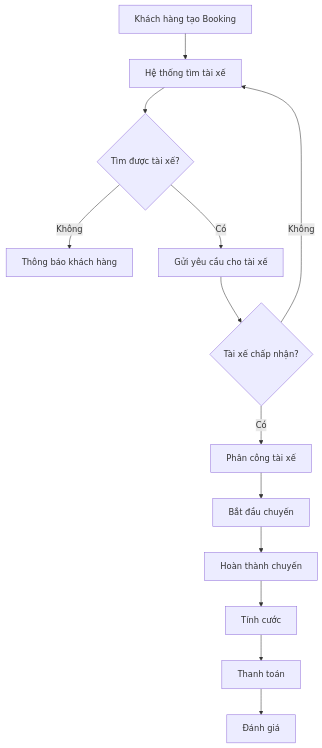
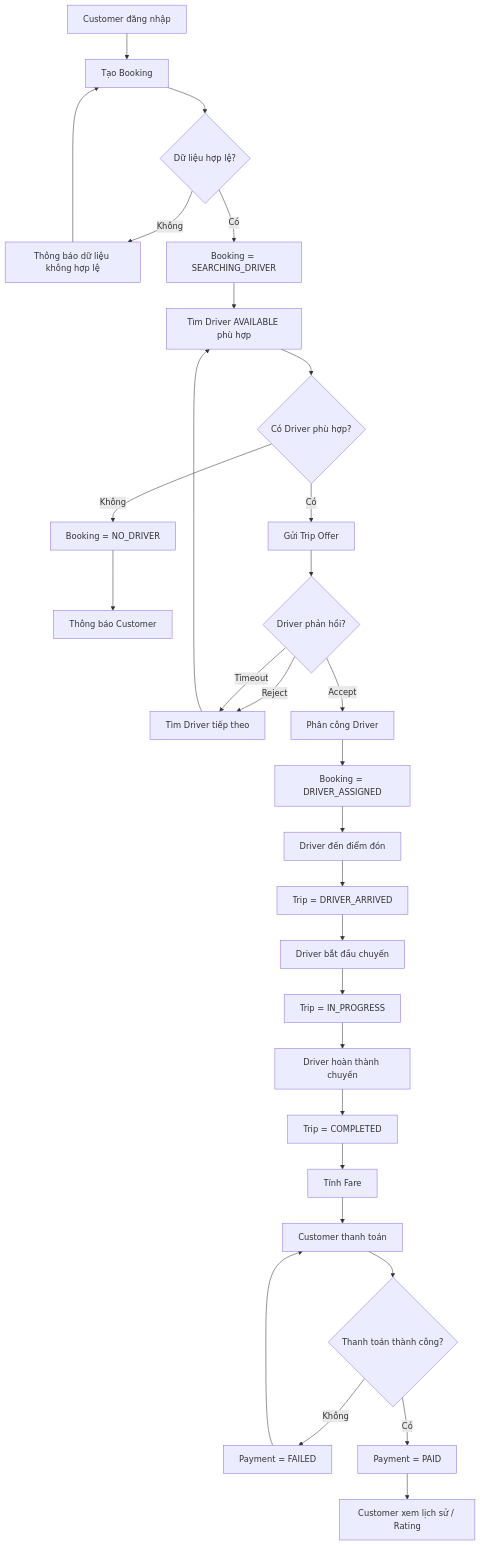
The second of 4 diagrams in srs.md (thoaivi45/23670471_TranDamThoaiVi_CABSYSTEM), drawn with Mermaid before and after one commit. The commit also changed other lines of this file, not shown here.

````diff
--- a/srs.md
+++ b/srs.md
@@ -212,28 +258,56 @@
 ```mermaid
 flowchart TD
 
-A[Khách hàng tạo Booking]
---> B[Hệ thống tìm tài xế]
+A[Customer đăng nhập] --> B[Tạo Booking]
 
-B --> C{Tìm được tài xế?}
+B --> C{Dữ liệu hợp lệ?}
 
-C -->|Không| D[Thông báo khách hàng]
+C -->|Không| C1[Thông báo dữ liệu không hợp lệ]
+C1 --> B
 
-C -->|Có| E[Gửi yêu cầu cho tài xế]
+C -->|Có| D[Booking = SEARCHING_DRIVER]
 
-E --> F{Tài xế chấp nhận?}
+D --> E[Tìm Driver AVAILABLE phù hợp]
 
-F -->|Không| B
+E --> F{Có Driver phù hợp?}
 
-F -->|Có| G[Phân công tài xế]
+F -->|Không| G[Booking = NO_DRIVER]
+G --> H[Thông báo Customer]
 
-G --> H[Bắt đầu chuyến]
+F -->|Có| I[Gửi Trip Offer]
 
-H --> I[Hoàn thành chuyến]
+I --> J{Driver phản hồi?}
 
-I --> J[Tính cước]
+J -->|Reject| K[Tìm Driver tiếp theo]
+J -->|Timeout| K
+K --> E
 
-J --> K[Thanh toán]
+J -->|Accept| L[Phân công Driver]
 
-K --> L[Đánh giá]
+L --> M[Booking = DRIVER_ASSIGNED]
+
+M --> N[Driver đến điểm đón]
+
+N --> O[Trip = DRIVER_ARRIVED]
+
+O --> P[Driver bắt đầu chuyến]
+
+P --> Q[Trip = IN_PROGRESS]
+
+Q --> R[Driver hoàn thành chuyến]
+
+R --> S[Trip = COMPLETED]
+
+S --> T[Tính Fare]
+
+T --> U[Customer thanh toán]
+
+U --> V{Thanh toán thành công?}
+
+V -->|Không| W[Payment = FAILED]
+W --> U
+
+V -->|Có| X[Payment = PAID]
+
+X --> Y[Customer xem lịch sử / Rating]
 ```
````
